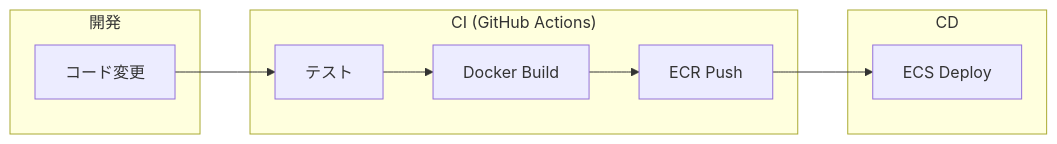
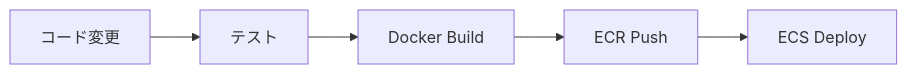
One commit to muratanaoki/party-box changed diagram 11 of 11 in docs/curriculum/02-aws.md. Above: the diagram before and after it, drawn with Mermaid. The commit also changed other lines of this file and 1 other file, not shown here.

````diff
--- a/docs/curriculum/02-aws.md
+++ b/docs/curriculum/02-aws.md
@@ -220,18 +327,7 @@
 ```mermaid
 flowchart LR
-    subgraph Dev["開発"]
-        Code["コード変更"]
-    end
-
-    subgraph CI["CI (GitHub Actions)"]
-        Test["テスト"]
-        Build["Docker Build"]
-        Push["ECR Push"]
-    end
-
-    subgraph CD["CD"]
-        Deploy["ECS Deploy"]
-    end
-
-    Code --> Test --> Build --> Push --> Deploy
+    Code["コード変更"] --> Test["テスト"]
+    Test --> Build["Docker Build"]
+    Build --> Push["ECR Push"]
+    Push --> Deploy["ECS Deploy"]
 ```
````
